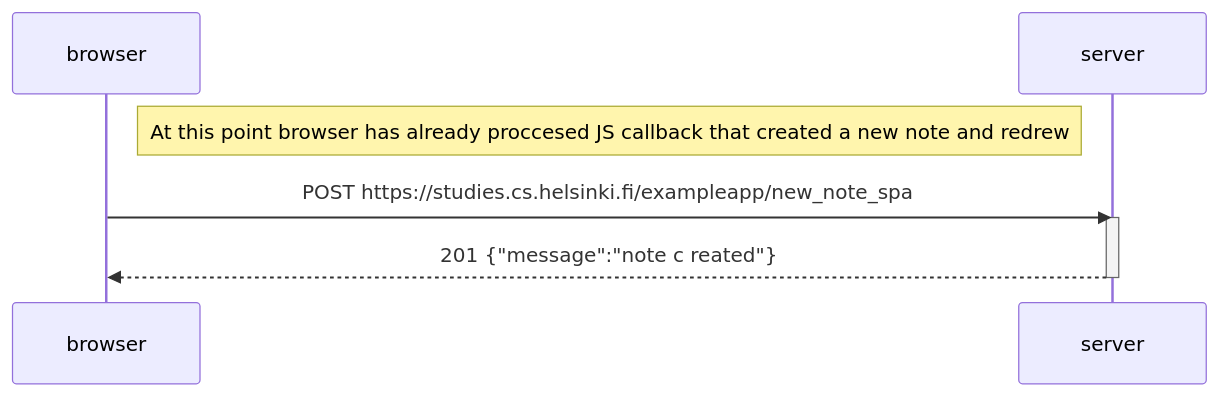
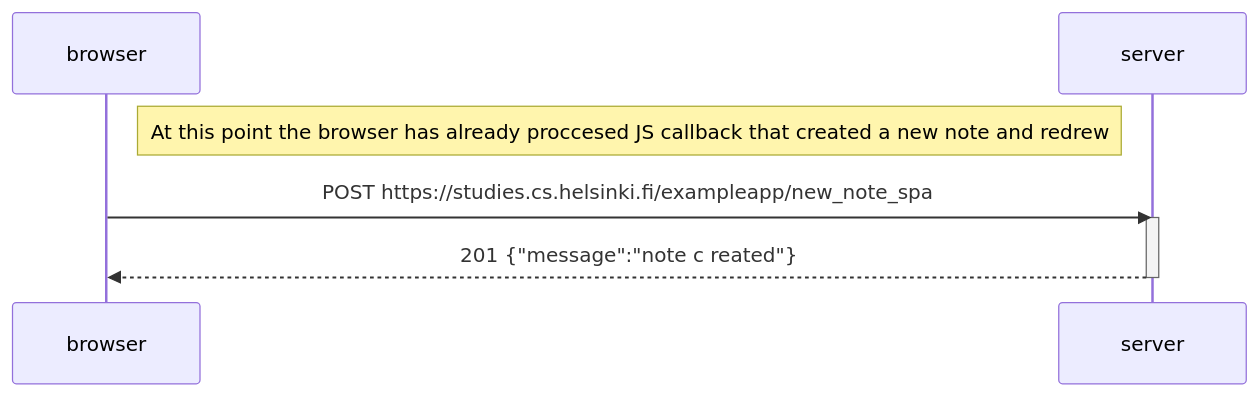
Before and after one commit to MinisX/Full-Stack-Open-Course: the diagram in part0/06_single_page_app_new_note.md, drawn with Mermaid.

````diff
--- a/part0/06_single_page_app_new_note.md
+++ b/part0/06_single_page_app_new_note.md
@@ -1,11 +1,11 @@
 ```mermaid
 sequenceDiagram
     participant browser
     participant server
 
-Note right of browser: At this point browser has already proccesed JS callback that created a new note and redrew
+Note right of browser: At this point the browser has already proccesed JS callback that created a new note and redrew
     browser->>server: POST https://studies.cs.helsinki.fi/exampleapp/new_note_spa
     activate server
     server-->>browser: 201 {"message":"note c reated"}
     deactivate server
 ```
````
